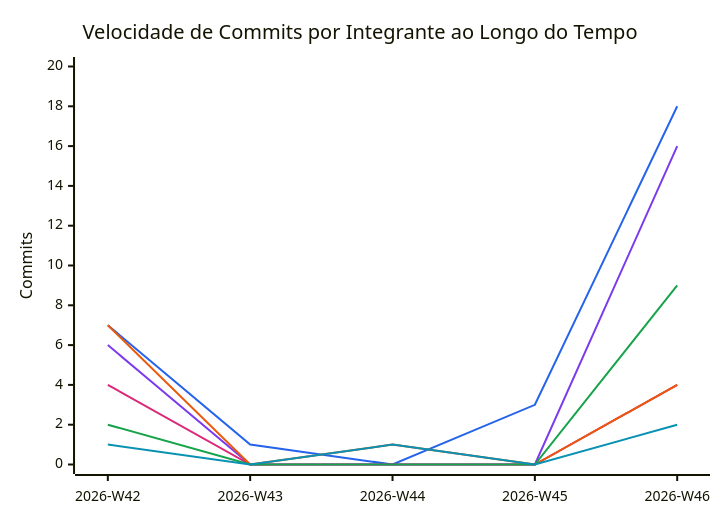
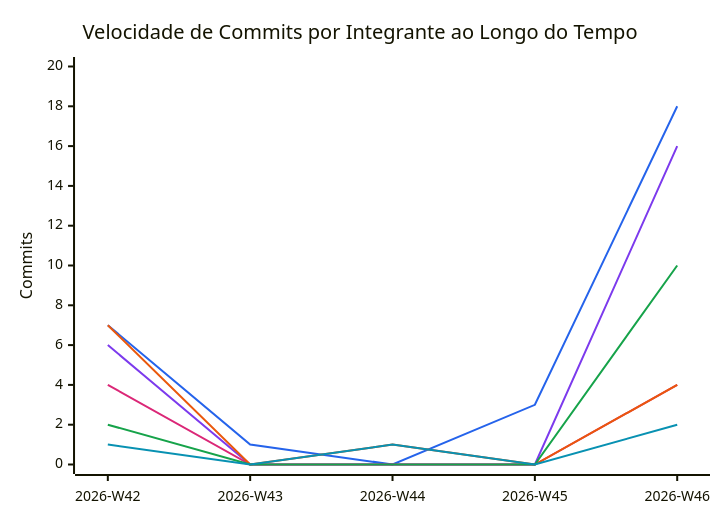
The diagram in snippets/commit-velocity.mmd (FCTE-Qualidade-de-Software-1/2026-2_T02_KAY_MCNULTY), drawn with Mermaid before and after one commit. The commit also changed 7 other files, not shown here.

```diff
--- a/snippets/commit-velocity.mmd
+++ b/snippets/commit-velocity.mmd
@@ -1,11 +1,11 @@
 %%{init: {"themeVariables": {"xyChart": {"plotColorPalette": "#2563eb, #7c3aed, #db2777, #ea580c, #16a34a, #0891b2"}}}}%%
 xychart-beta
     title "Velocidade de Commits por Integrante ao Longo do Tempo"
     x-axis ["2026-W42", "2026-W43", "2026-W44", "2026-W45", "2026-W46"]
     y-axis "Commits" 0 --> 20
     line [7, 1, 0, 3, 18]
     line [6, 0, 0, 0, 16]
     line [4, 0, 0, 0, 4]
     line [7, 0, 1, 0, 4]
-    line [2, 0, 0, 0, 9]
+    line [2, 0, 0, 0, 10]
     line [1, 0, 1, 0, 2]
```
